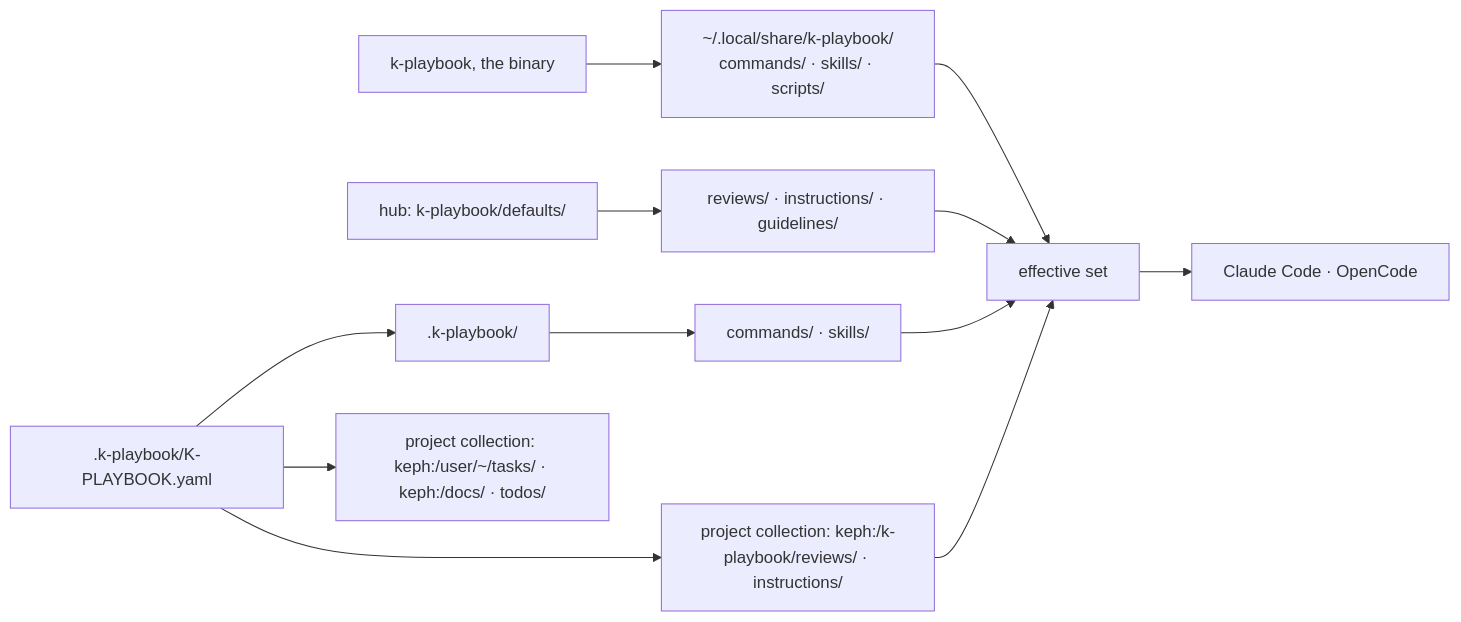
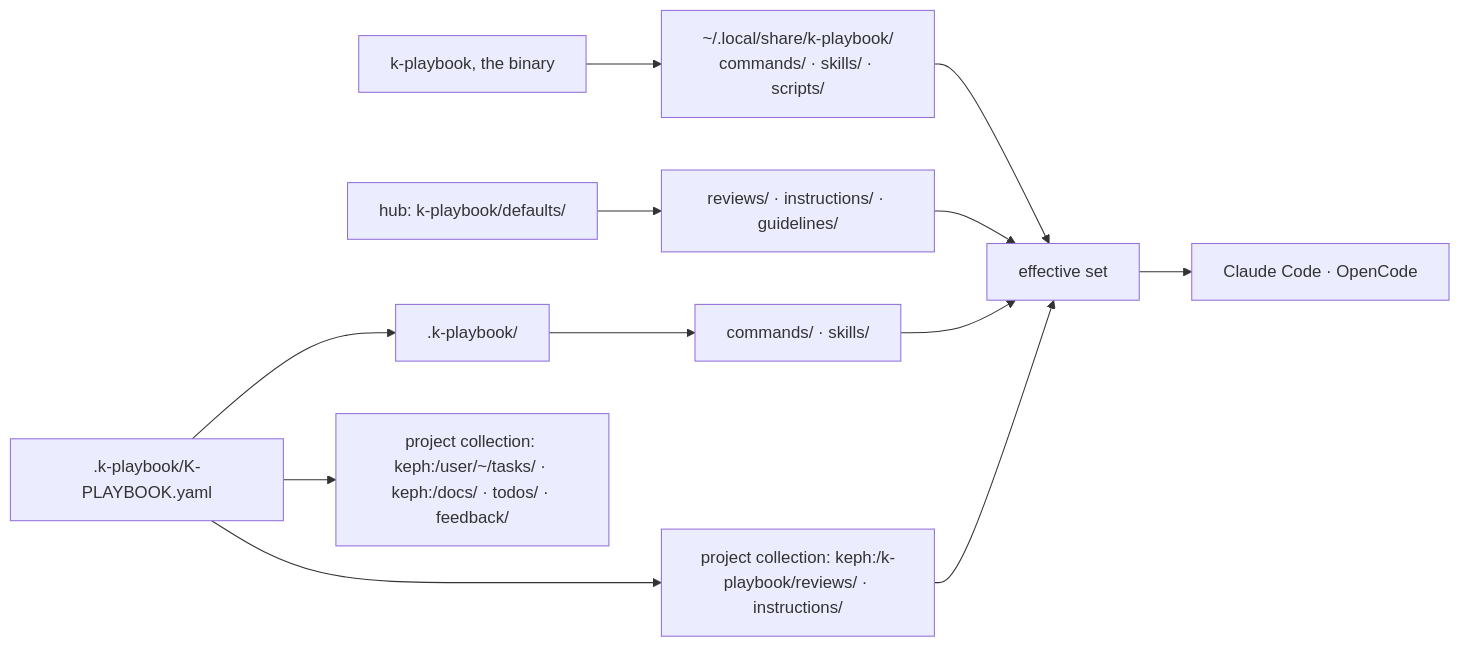
The first of 3 diagrams in defaults/docs/handbook/manual.md (kascada/k-playbook), drawn with Mermaid before and after one commit. The commit also changed other lines of this file and 49 other files, not shown here.

````diff
--- a/defaults/docs/handbook/manual.md
+++ b/defaults/docs/handbook/manual.md
@@ -44,17 +44,17 @@
 ```mermaid
 flowchart LR
     Binary["k-playbook, the binary"] --> Share["~/.local/share/k-playbook/<br>commands/ · skills/ · scripts/"]
     Hub["hub: k-playbook/defaults/"] --> Base["reviews/ · instructions/ · guidelines/"]
     Anchor[".k-playbook/K-PLAYBOOK.yaml"] --> Project[".k-playbook/"]
 
     Project --> Overlay["commands/ · skills/"]
     Anchor --> Layer["project collection: keph:/k-playbook/reviews/ · instructions/"]
-    Anchor --> Collection["project collection: keph:/user/~/tasks/ · keph:/docs/ · todos/"]
+    Anchor --> Collection["project collection: keph:/user/~/tasks/ · keph:/docs/ · todos/ · feedback/"]
 
     Share --> Effective["effective set"]
     Base --> Effective
     Overlay --> Effective
     Layer --> Effective
 
     Effective --> Assistant["Claude Code · OpenCode"]
 ```
````
